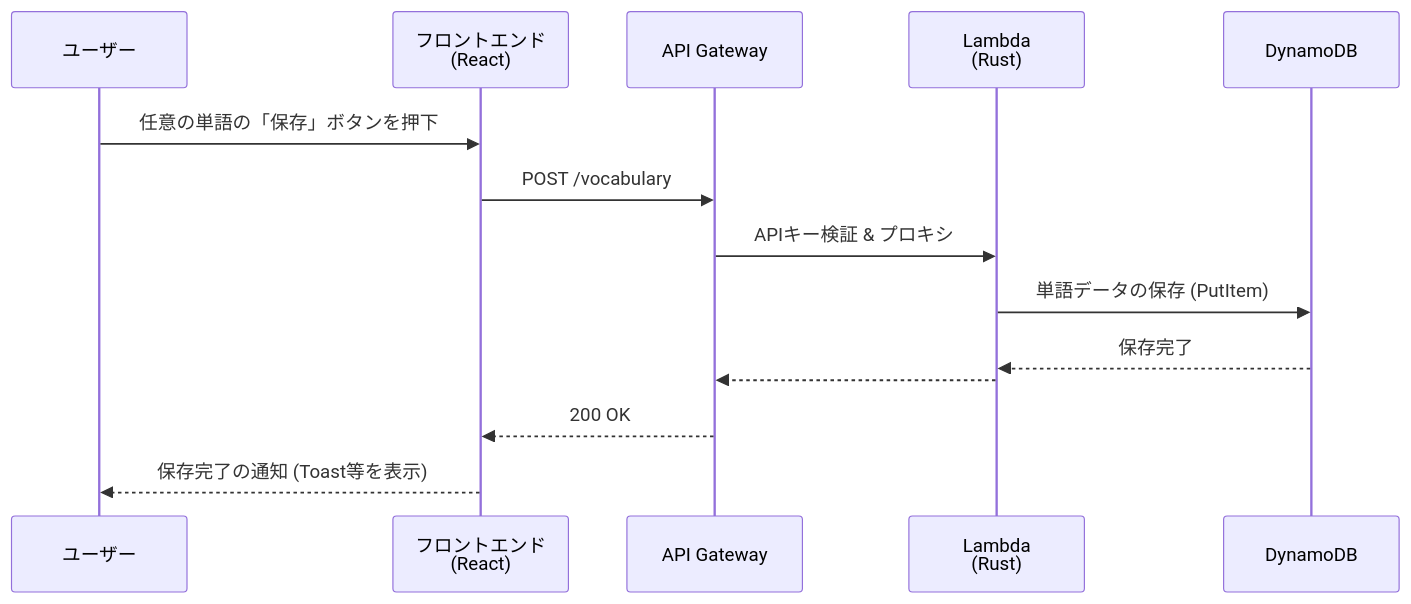
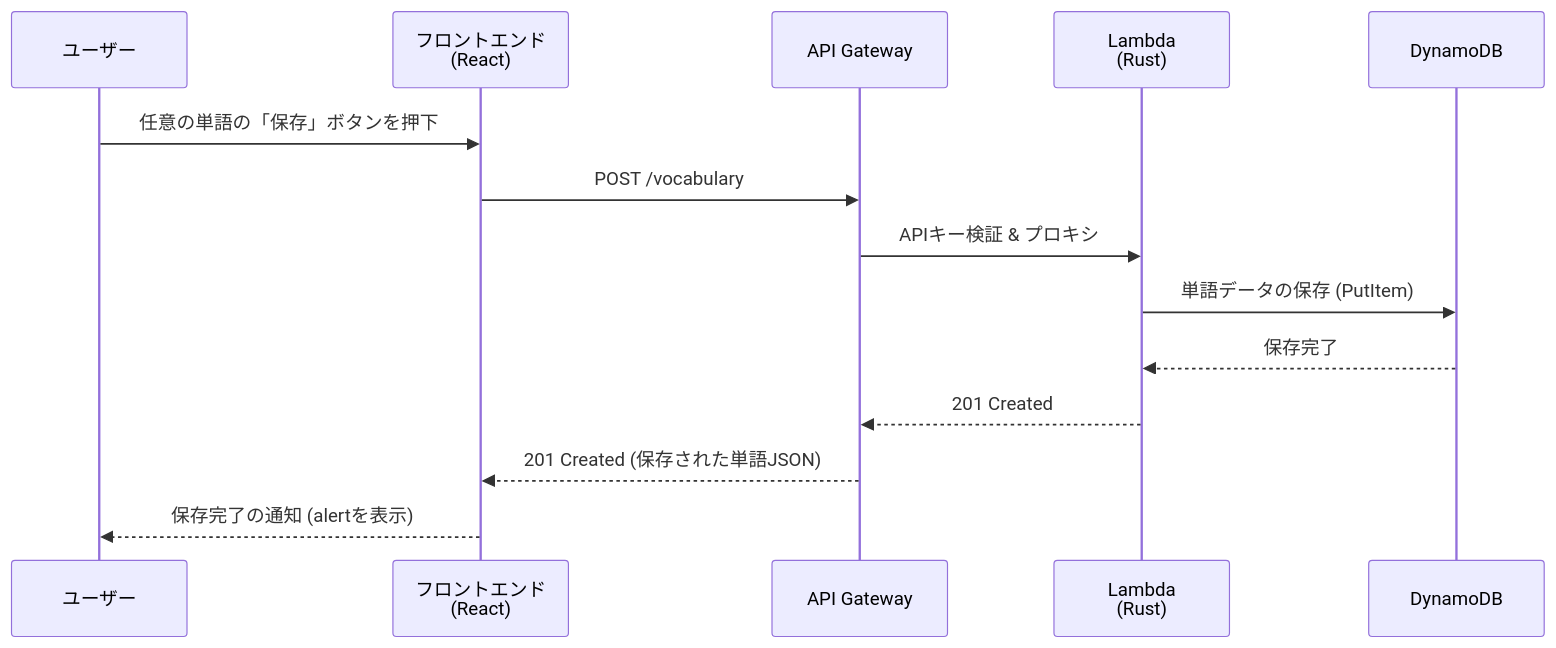
The fourth of 5 diagrams in docs/design.md (moden3/ai-english-learner), drawn with Mermaid before and after one commit. The commit also changed other lines of this file and 21 other files, not shown here.

````diff
--- a/docs/design.md
+++ b/docs/design.md
@@ -97,17 +97,17 @@
 ```mermaid
 sequenceDiagram
     participant U as ユーザー
     participant SPA as フロントエンド<br>(React)
     participant APIGW as API Gateway
     participant Lam as Lambda<br>(Rust)
     participant DB as DynamoDB
 
     U->>SPA: 任意の単語の「保存」ボタンを押下
     SPA->>APIGW: POST /vocabulary
     APIGW->>Lam: APIキー検証 & プロキシ
     Lam->>DB: 単語データの保存 (PutItem)
     DB-->>Lam: 保存完了
-    Lam-->>APIGW:
-    APIGW-->>SPA: 200 OK
-    SPA-->>U: 保存完了の通知 (Toast等を表示)
+    Lam-->>APIGW: 201 Created
+    APIGW-->>SPA: 201 Created (保存された単語JSON)
+    SPA-->>U: 保存完了の通知 (alertを表示)
 ```
````
